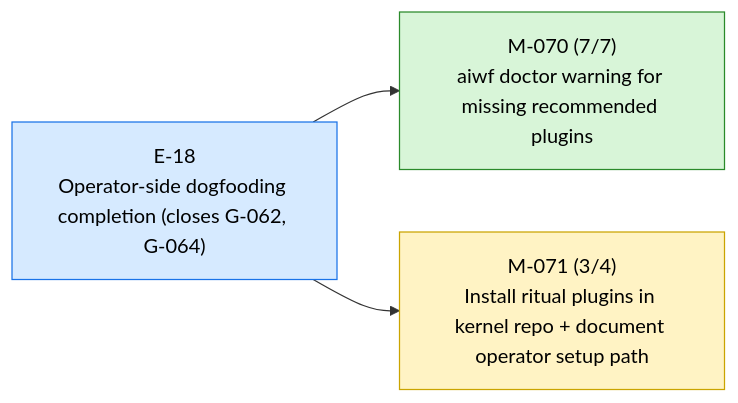
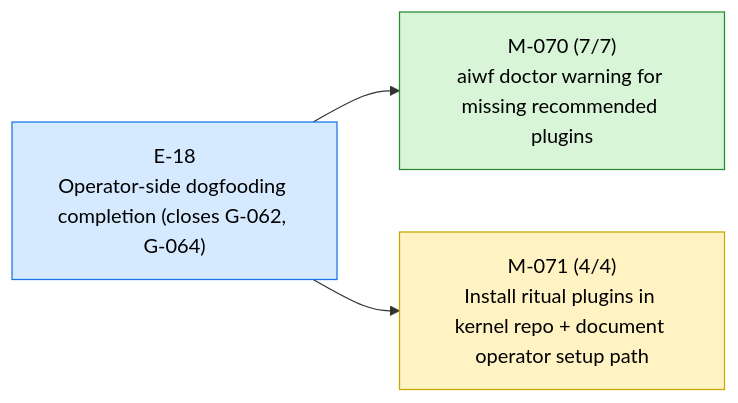
Before and after one commit to 23min/aiwf: the first of 3 diagrams in STATUS.md, drawn with Mermaid. The commit also changed other lines of this file and 1 other file, not shown here.

````diff
--- a/STATUS.md
+++ b/STATUS.md
@@ -12,14 +12,14 @@
 ```mermaid
 flowchart LR
   E_18["E-18<br/>Operator-side dogfooding completion (closes G-062, G-064)"]:::epic_active
   M_070["M-070 (7/7)<br/>aiwf doctor warning for missing recommended plugins"]:::ms_done
   E_18 --> M_070
-  M_071["M-071 (3/4)<br/>Install ritual plugins in kernel repo + document operator setup path"]:::ms_in_progress
+  M_071["M-071 (4/4)<br/>Install ritual plugins in kernel repo + document operator setup path"]:::ms_in_progress
   E_18 --> M_071
   classDef epic_active fill:#d6eaff,stroke:#1a73e8,color:#000
   classDef epic_proposed fill:#f4f4f4,stroke:#888,color:#000
   classDef ms_done fill:#d8f5d8,stroke:#2a8a2a,color:#000
   classDef ms_in_progress fill:#fff3c4,stroke:#caa400,color:#000
   classDef ms_draft fill:#f4f4f4,stroke:#888,color:#000
   classDef ms_cancelled fill:#fbeaea,stroke:#c33,color:#000
 ```
````
